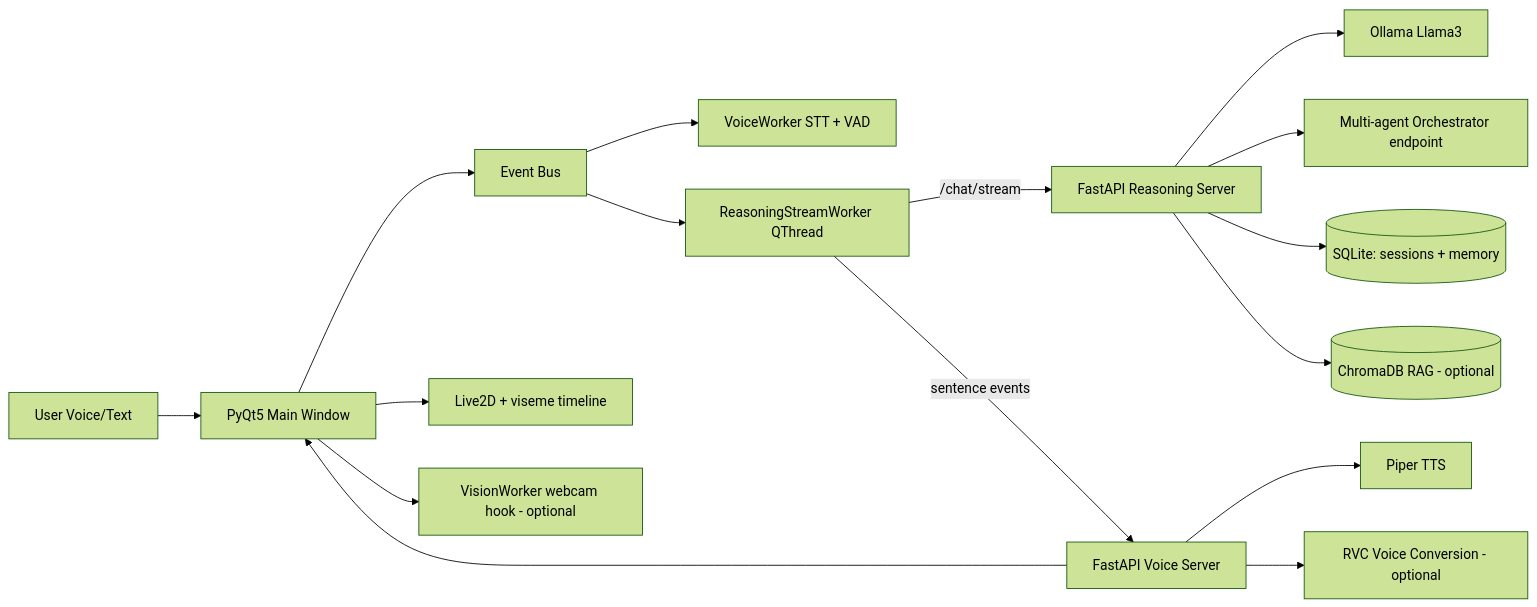
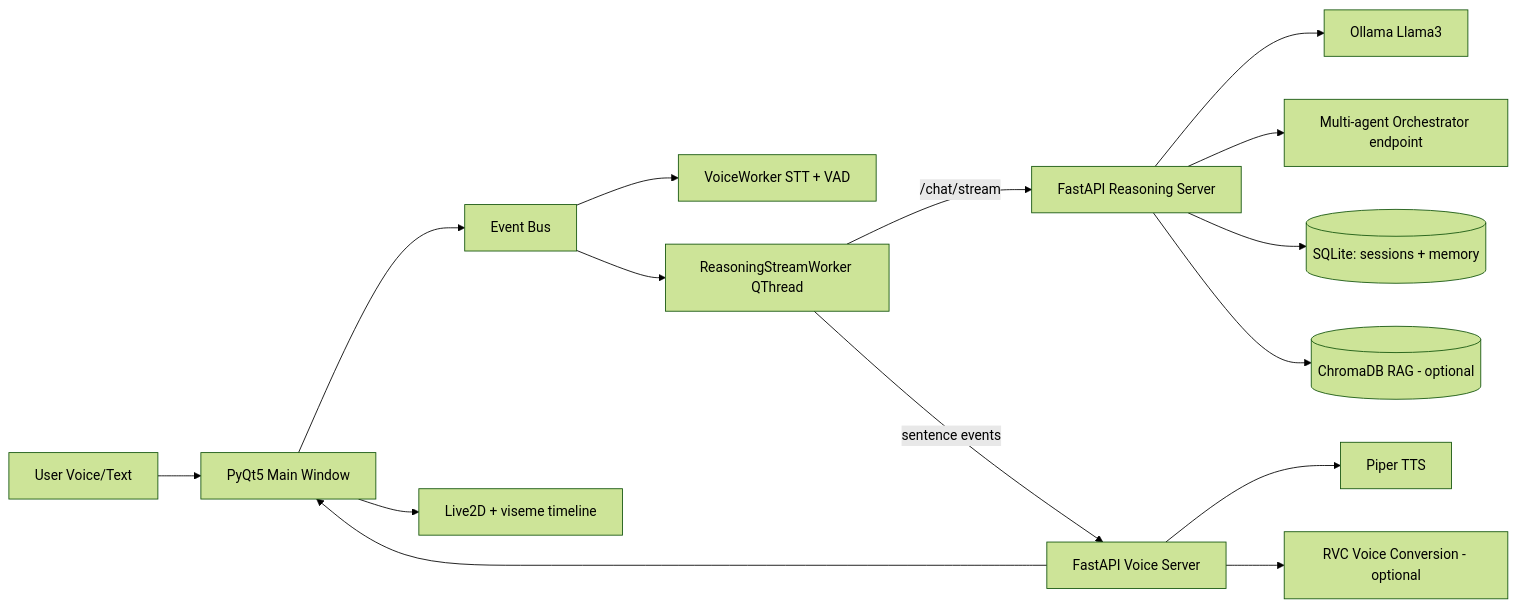
One commit to mansal02/FYPProject changed the diagram in README.md. Above: the diagram before and after it, drawn with Mermaid (forest theme). The commit also changed other lines of this file and 26 other files, not shown here.

````diff
--- a/README.md
+++ b/README.md
@@ -282,21 +253,21 @@
 ```mermaid
 flowchart LR
         U[User Voice/Text] --> UI[PyQt5 Main Window]
         UI --> EB[Event Bus]
         EB --> VW[VoiceWorker STT + VAD]
         EB --> RW[ReasoningStreamWorker QThread]
 
         RW -->|/chat/stream| RS[FastAPI Reasoning Server]
         RS --> OLL[Ollama Llama3]
         RS --> MA[Multi-agent Orchestrator endpoint]
         RS --> DB[(SQLite: sessions + memory)]
         RS --> RAG[(ChromaDB RAG - optional)]
 
         RW -->|sentence events| VS[FastAPI Voice Server]
         VS --> PIP[Piper TTS]
         VS --> RVC[RVC Voice Conversion - optional]
 
         VS --> UI
         UI --> L2D[Live2D + viseme timeline]
-        UI --> CAM[VisionWorker webcam hook - optional]
+
 ```
````
